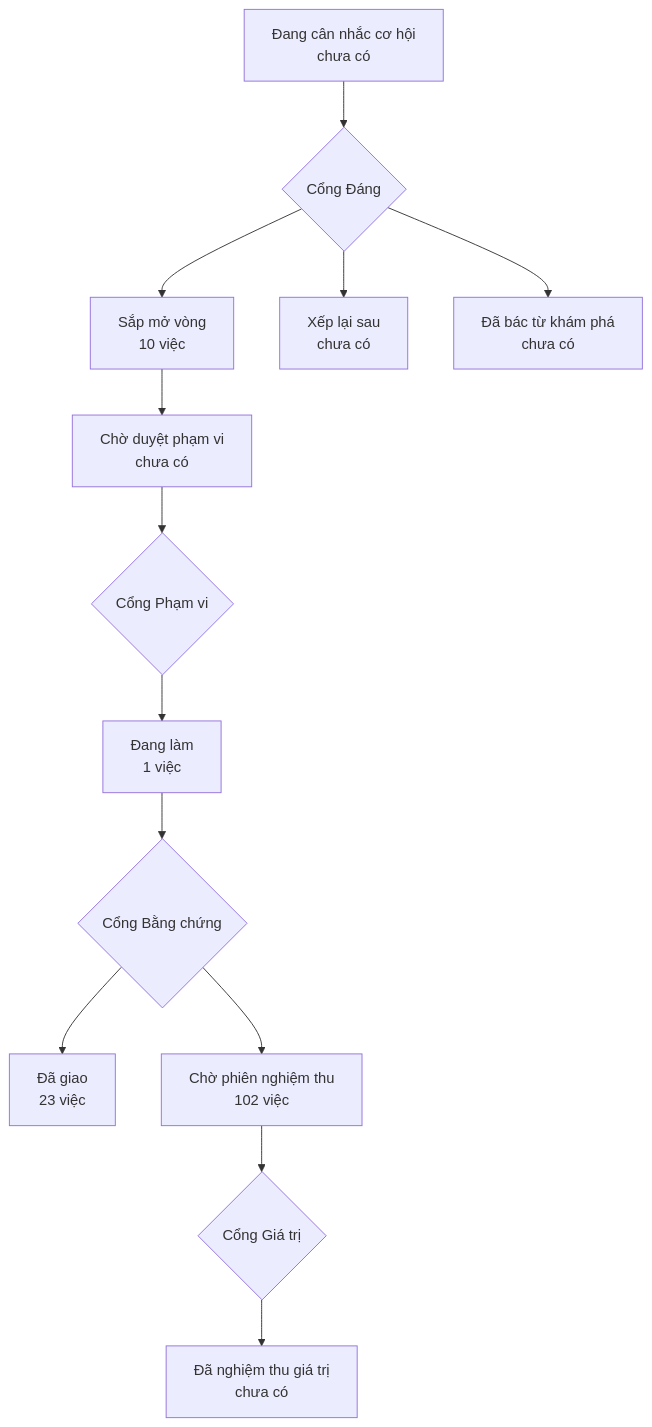
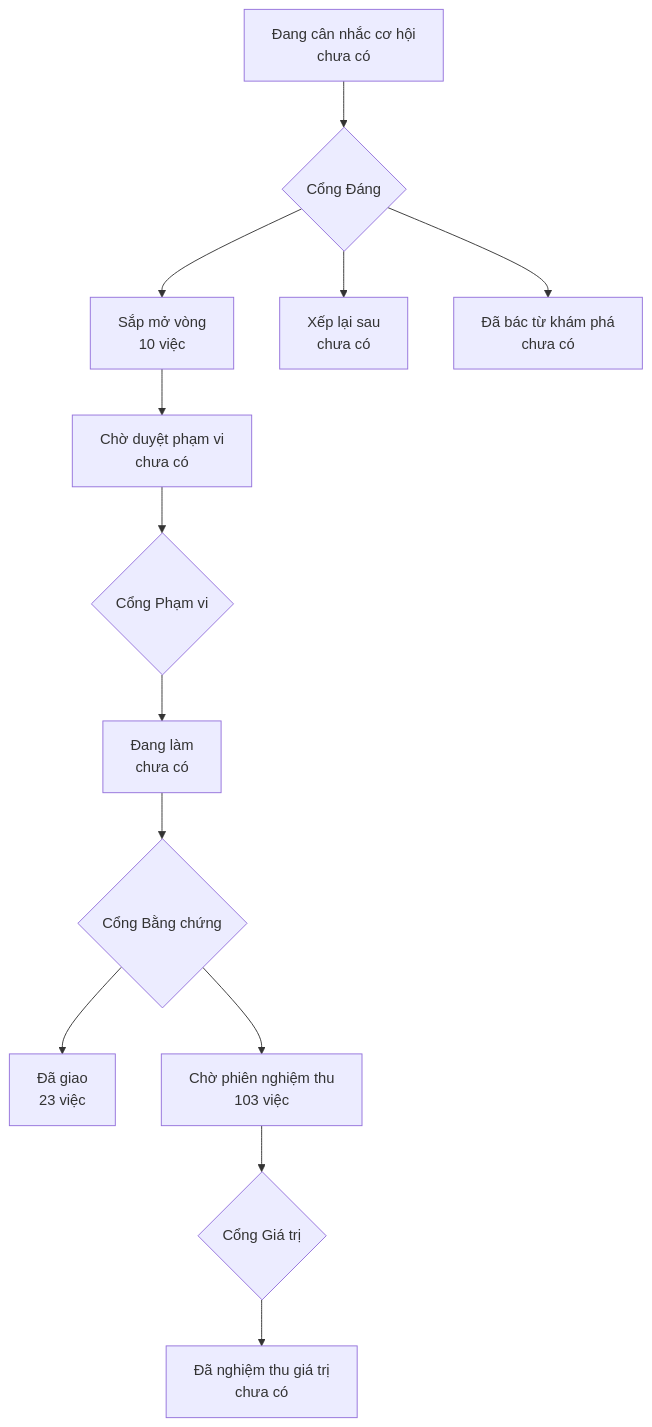
One commit to phanlemanh/onehub-quy-hang changed the diagram in PRODUCT-MAP.md. Above: the diagram before and after it, drawn with Mermaid. The commit also changed other lines of this file and 4 other files, not shown here.

````diff
--- a/PRODUCT-MAP.md
+++ b/PRODUCT-MAP.md
@@ -7,12 +7,12 @@
 ```mermaid
 flowchart TD
   A["Đang cân nhắc cơ hội<br/>chưa có"] --> GD{"Cổng Đáng"}
   GD --> B["Sắp mở vòng<br/>10 việc"]
   GD --> XL["Xếp lại sau<br/>chưa có"]
   GD --> DB["Đã bác từ khám phá<br/>chưa có"]
   B --> CD["Chờ duyệt phạm vi<br/>chưa có"] --> GP{"Cổng Phạm vi"}
-  GP --> DL["Đang làm<br/>1 việc"] --> GB{"Cổng Bằng chứng"}
+  GP --> DL["Đang làm<br/>chưa có"] --> GB{"Cổng Bằng chứng"}
   GB --> DG["Đã giao<br/>23 việc"]
-  GB --> CN["Chờ phiên nghiệm thu<br/>102 việc"] --> GG{"Cổng Giá trị"}
+  GB --> CN["Chờ phiên nghiệm thu<br/>103 việc"] --> GG{"Cổng Giá trị"}
   GG --> NT["Đã nghiệm thu giá trị<br/>chưa có"]
 ```
````
